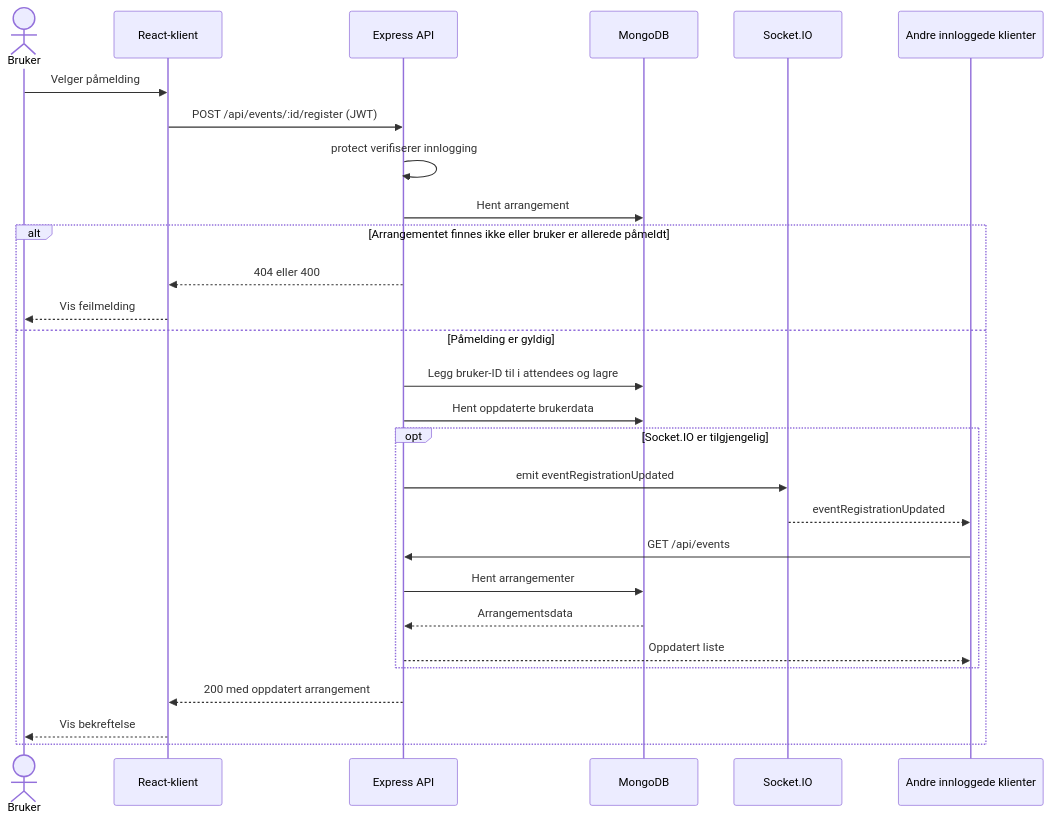
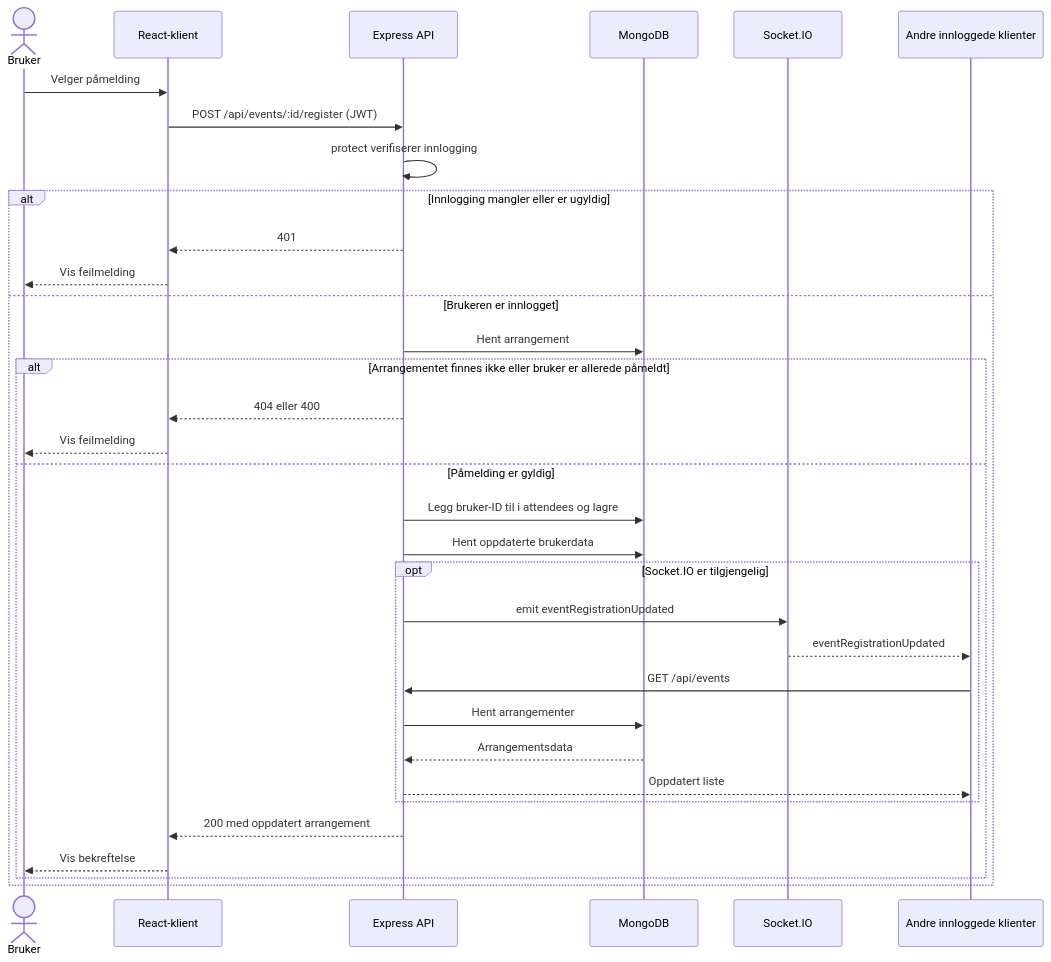
Before and after one commit to Khhashi/eventhub: the fourth of 7 diagrams in docs/ARCHITECTURE.md, drawn with Mermaid.

Commit message:
Dokumentasjon: ta med autentiseringsfeil i UML-sekvensen

````diff
--- a/docs/ARCHITECTURE.md
+++ b/docs/ARCHITECTURE.md
@@ -144,31 +144,36 @@
 ```mermaid
 sequenceDiagram
     actor Bruker
     participant Klient as React-klient
     participant API as Express API
     participant DB as MongoDB
     participant Socket as Socket.IO
     participant Andre as Andre innloggede klienter
 
     Bruker->>Klient: Velger påmelding
     Klient->>API: POST /api/events/:id/register (JWT)
     API->>API: protect verifiserer innlogging
-    API->>DB: Hent arrangement
-    alt Arrangementet finnes ikke eller bruker er allerede påmeldt
-        API-->>Klient: 404 eller 400
+    alt Innlogging mangler eller er ugyldig
+        API-->>Klient: 401
         Klient-->>Bruker: Vis feilmelding
-    else Påmelding er gyldig
-        API->>DB: Legg bruker-ID til i attendees og lagre
-        API->>DB: Hent oppdaterte brukerdata
-        opt Socket.IO er tilgjengelig
-            API->>Socket: emit eventRegistrationUpdated
-            Socket-->>Andre: eventRegistrationUpdated
-            Andre->>API: GET /api/events
-            API->>DB: Hent arrangementer
-            DB-->>API: Arrangementsdata
-            API-->>Andre: Oppdatert liste
+    else Brukeren er innlogget
+        API->>DB: Hent arrangement
+        alt Arrangementet finnes ikke eller bruker er allerede påmeldt
+            API-->>Klient: 404 eller 400
+            Klient-->>Bruker: Vis feilmelding
+        else Påmelding er gyldig
+            API->>DB: Legg bruker-ID til i attendees og lagre
+            API->>DB: Hent oppdaterte brukerdata
+            opt Socket.IO er tilgjengelig
+                API->>Socket: emit eventRegistrationUpdated
+                Socket-->>Andre: eventRegistrationUpdated
+                Andre->>API: GET /api/events
+                API->>DB: Hent arrangementer
+                DB-->>API: Arrangementsdata
+                API-->>Andre: Oppdatert liste
+            end
+            API-->>Klient: 200 med oppdatert arrangement
+            Klient-->>Bruker: Vis bekreftelse
         end
-        API-->>Klient: 200 med oppdatert arrangement
-        Klient-->>Bruker: Vis bekreftelse
     end
 ```
````
